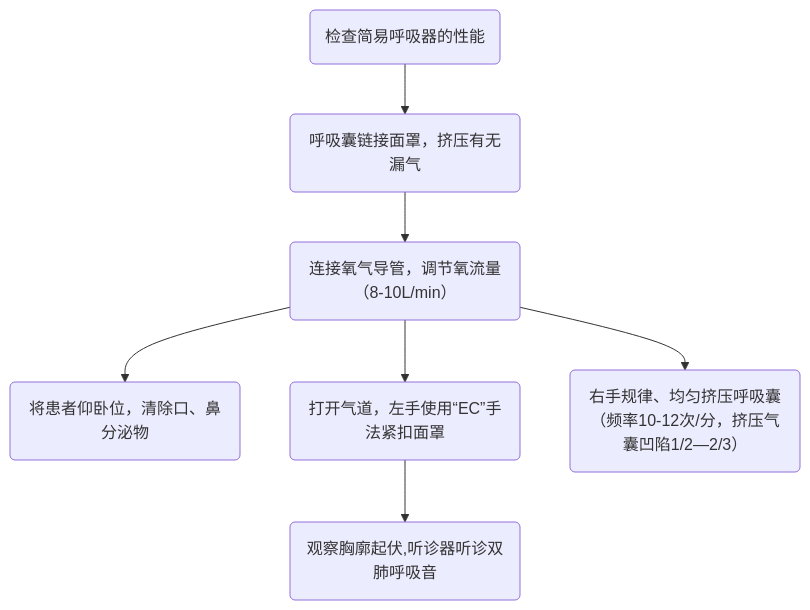
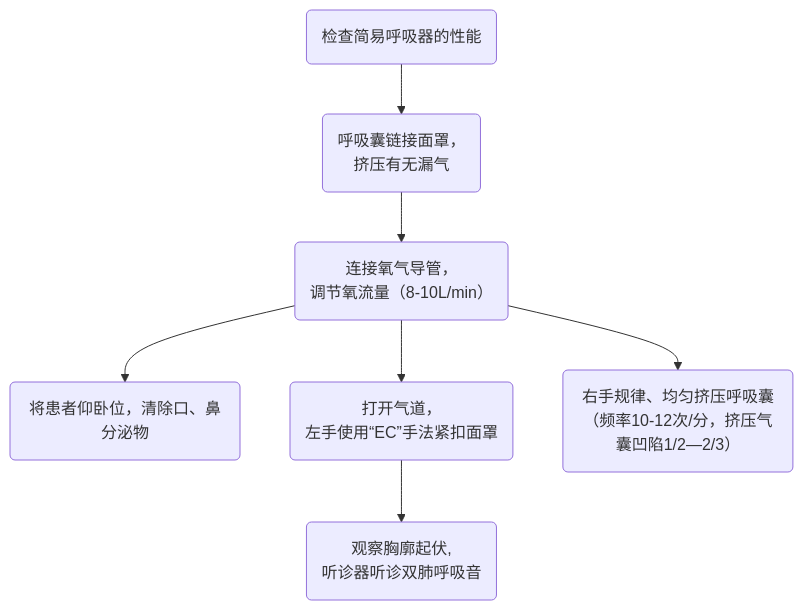
One commit to shuai-long/notes changed the diagram in docs/护理相关知识/简易呼吸器操作流程图.md. Above: the diagram before and after it, drawn with Mermaid. The commit also changed 4 other files, not shown here.

````diff
--- a/docs/护理相关知识/简易呼吸器操作流程图.md
+++ b/docs/护理相关知识/简易呼吸器操作流程图.md
@@ -1,9 +1,9 @@
 ```mermaid
 graph TD;
-A(检查简易呼吸器的性能)-->B(呼吸囊链接面罩，挤压有无漏气)
-B-->C(连接氧气导管，调节氧流量（8-10L/min）)
+A(检查简易呼吸器的性能)-->B(呼吸囊链接面罩，</br>挤压有无漏气)
+B-->C(连接氧气导管，</br>调节氧流量（8-10L/min）)
 C-->D1(将患者仰卧位，清除口、鼻分泌物)
-C-->D2(打开气道，左手使用“EC”手法紧扣面罩)
-C-->D3(右手规律、均匀挤压呼吸囊（频率10-12次/分，挤压气囊凹陷1/2—2/3）)
-D2-->E(观察胸廓起伏,听诊器听诊双肺呼吸音)
+C-->D2(打开气道，</br>左手使用“EC”手法紧扣面罩)
+C-->D3(右手规律、均匀挤压呼吸囊</br>（频率10-12次/分，挤压气囊凹陷1/2—2/3）)
+D2-->E(观察胸廓起伏,</br>听诊器听诊双肺呼吸音)
 ```
````
